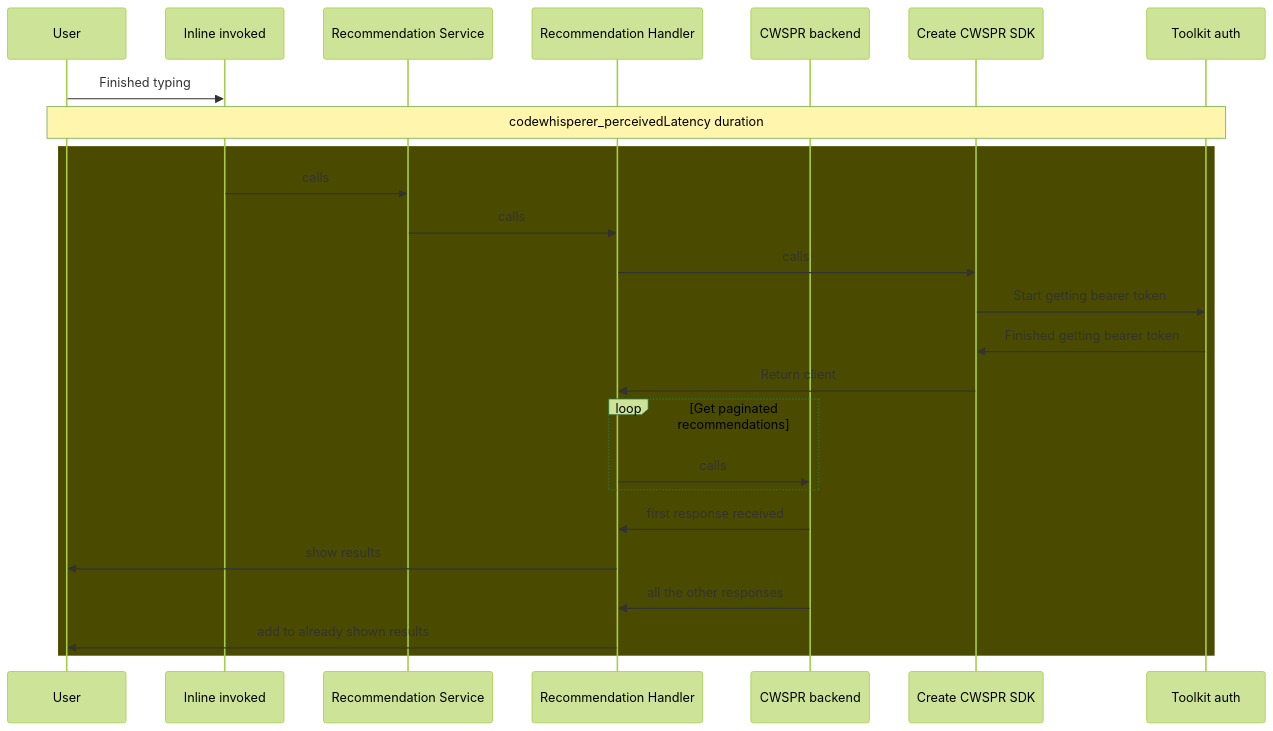
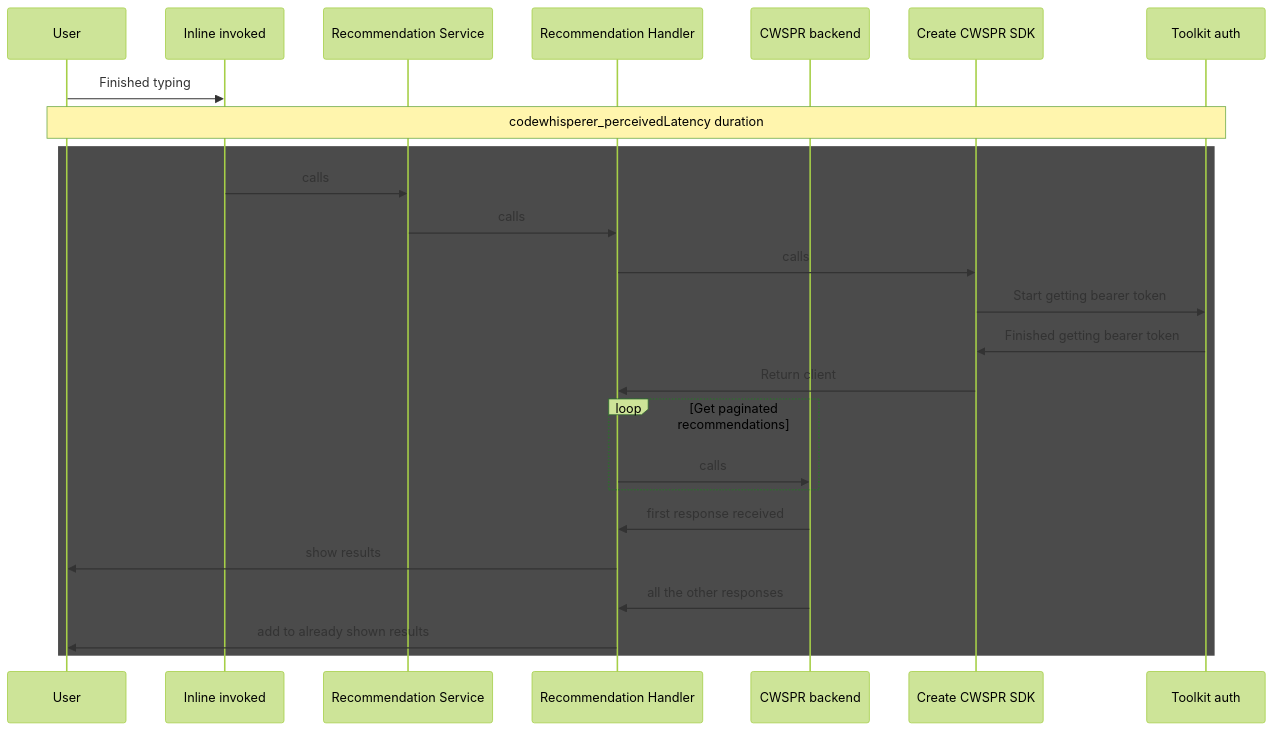
Before and after one commit to aws/aws-toolkit-vscode: the seventh of 7 diagrams in docs/telemetry-perf.md, drawn with Mermaid (forest theme). The commit also changed other lines of this file, not shown here.

````diff
--- a/docs/telemetry-perf.md
+++ b/docs/telemetry-perf.md
@@ -230,34 +230,31 @@
 ```mermaid
     sequenceDiagram
         participant User
         participant invoke as Inline invoked
         participant rService as Recommendation Service
         participant rHandler as Recommendation Handler
         participant backend as CWSPR backend
         participant sdk as Create CWSPR SDK
         participant token as Toolkit auth
 
         User->>invoke: Finished typing
         note over User, token: codewhisperer_perceivedLatency duration
-        rect rgb(75, 75, 0)
+        rect rgb(75, 75, 75)
         invoke->>rService: calls
         rService->>rHandler: calls
         rHandler->>sdk: calls
-
-
-
             sdk->>token: Start getting bearer token
             token->>sdk: Finished getting bearer token
             sdk->>rHandler: Return client
 
         loop Get paginated recommendations
             rHandler->>backend: calls
         end
 
         backend->>rHandler: first response received
         rHandler->>User: show results
 
         backend->>rHandler: all the other responses
         rHandler->>User: add to already shown results
         end
 ```
````
